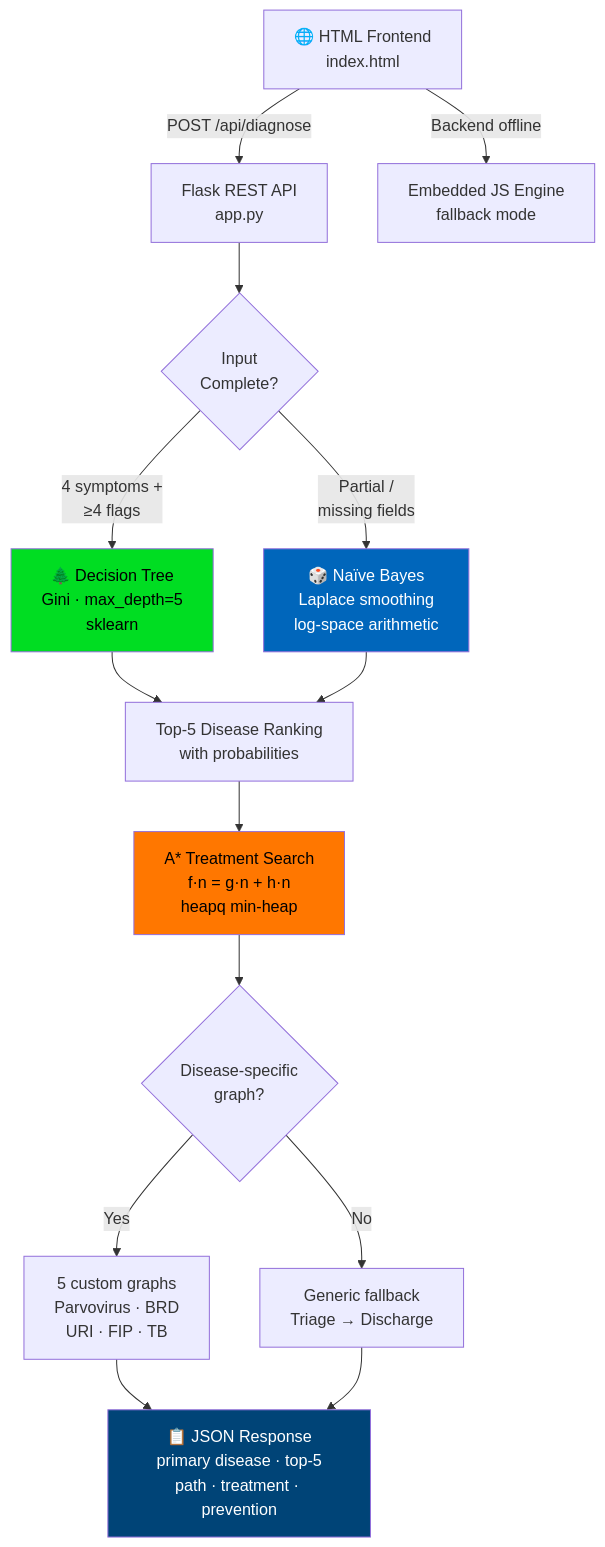
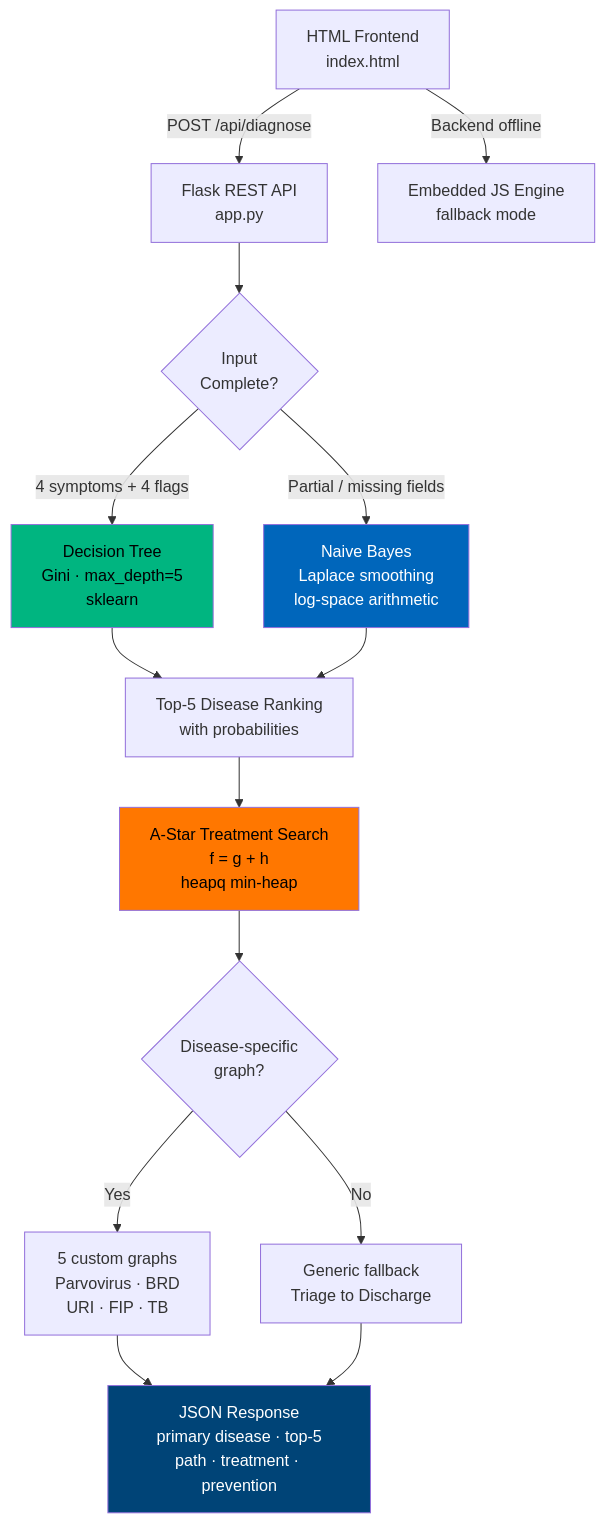
Before and after one commit to tanviruman/animal-disease: the diagram in README.md, drawn with Mermaid.

Commit message:
Refactor flowchart syntax in README.md for improved clarity and consistency

````diff
--- a/README.md
+++ b/README.md
@@ -87,27 +87,27 @@
 ```mermaid
 flowchart TD
-    A[🌐 HTML Frontend\nindex.html] -->|POST /api/diagnose| B[Flask REST API\napp.py]
-    A -->|Backend offline| Z[Embedded JS Engine\nfallback mode]
+    A["HTML Frontend\nindex.html"] -->|"POST /api/diagnose"| B["Flask REST API\napp.py"]
+    A -->|"Backend offline"| Z["Embedded JS Engine\nfallback mode"]
 
-    B --> C{Input\nComplete?}
+    B --> C{"Input\nComplete?"}
 
-    C -->|4 symptoms +\n≥4 flags| D[🌲 Decision Tree\nGini · max_depth=5\nsklearn]
-    C -->|Partial /\nmissing fields| E[🎲 Naïve Bayes\nLaplace smoothing\nlog-space arithmetic]
+    C -->|"4 symptoms + 4 flags"| D["Decision Tree\nGini · max_depth=5\nsklearn"]
+    C -->|"Partial / missing fields"| E["Naive Bayes\nLaplace smoothing\nlog-space arithmetic"]
 
-    D --> F[Top-5 Disease Ranking\nwith probabilities]
+    D --> F["Top-5 Disease Ranking\nwith probabilities"]
     E --> F
 
-    F --> G[A* Treatment Search\nf·n = g·n + h·n\nheapq min-heap]
+    F --> G["A-Star Treatment Search\nf = g + h\nheapq min-heap"]
 
-    G --> H{Disease-specific\ngraph?}
-    H -->|Yes| I[5 custom graphs\nParvovirus · BRD\nURI · FIP · TB]
-    H -->|No| J[Generic fallback\nTriage → Discharge]
+    G --> H{"Disease-specific\ngraph?"}
+    H -->|"Yes"| I["5 custom graphs\nParvovirus · BRD\nURI · FIP · TB"]
+    H -->|"No"| J["Generic fallback\nTriage to Discharge"]
 
-    I --> K[📋 JSON Response\nprimary disease · top-5\npath · treatment · prevention]
+    I --> K["JSON Response\nprimary disease · top-5\npath · treatment · prevention"]
     J --> K
 
-    style D fill:#0d2,color:#000
-    style E fill:#06b,color:#fff
-    style G fill:#f70,color:#000
-    style K fill:#047,color:#fff
+    style D fill:#00b580,color:#000000
+    style E fill:#0066bb,color:#ffffff
+    style G fill:#ff7700,color:#000000
+    style K fill:#004477,color:#ffffff
 ```
````
